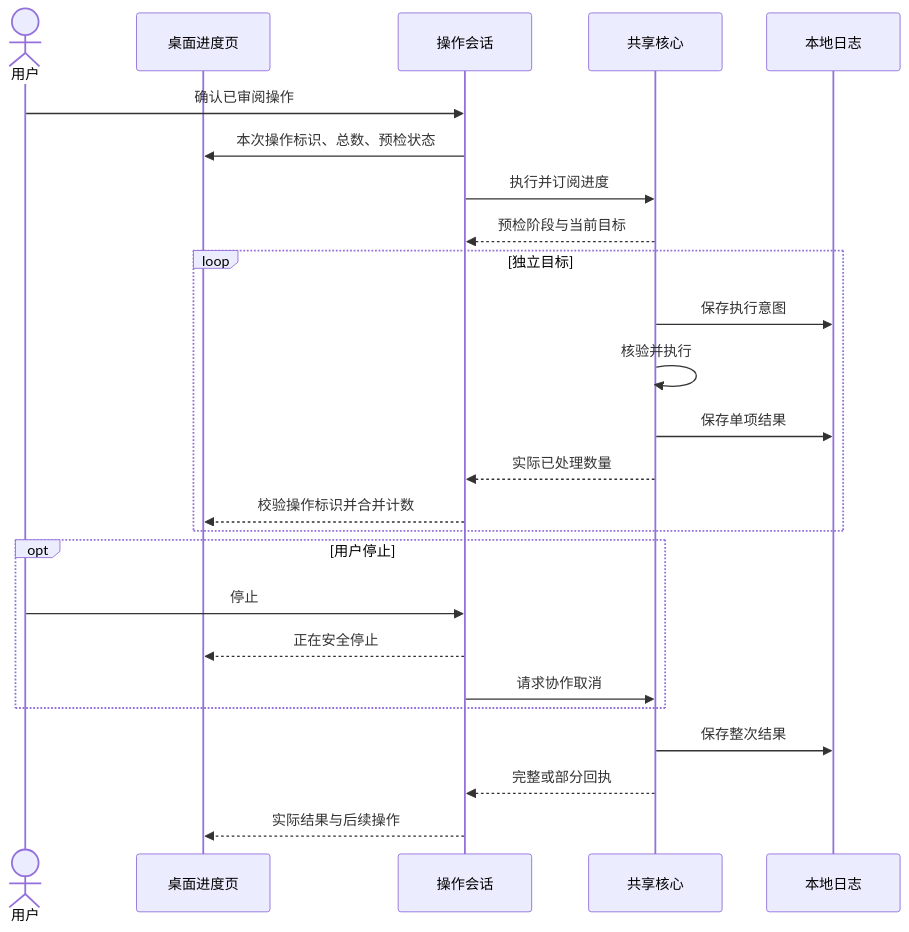
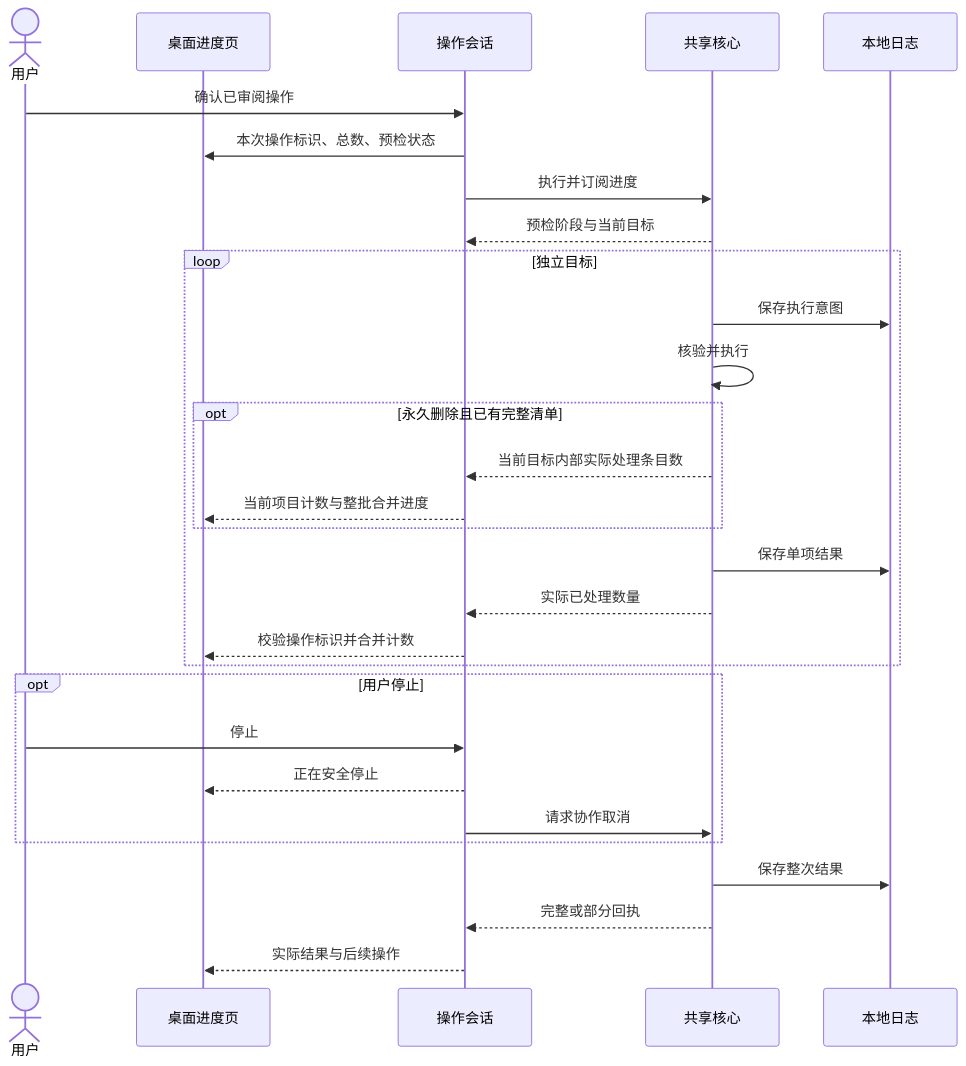
The third of 3 diagrams in docs/zh-CN/product/operation-progress.md (limecloud/shou), drawn with Mermaid before and after one commit. The commit also changed other lines of this file and 86 other files, not shown here.

````diff
--- a/docs/zh-CN/product/operation-progress.md
+++ b/docs/zh-CN/product/operation-progress.md
@@ -63,27 +68,31 @@
 ```mermaid
 sequenceDiagram
   actor User as 用户
   participant UI as 桌面进度页
   participant Session as 操作会话
   participant Core as 共享核心
   participant Store as 本地日志
   User->>Session: 确认已审阅操作
   Session->>UI: 本次操作标识、总数、预检状态
   Session->>Core: 执行并订阅进度
   Core-->>Session: 预检阶段与当前目标
   loop 独立目标
     Core->>Store: 保存执行意图
     Core->>Core: 核验并执行
+    opt 永久删除且已有完整清单
+      Core-->>Session: 当前目标内部实际处理条目数
+      Session-->>UI: 当前项目计数与整批合并进度
+    end
     Core->>Store: 保存单项结果
     Core-->>Session: 实际已处理数量
     Session-->>UI: 校验操作标识并合并计数
   end
   opt 用户停止
     User->>Session: 停止
     Session-->>UI: 正在安全停止
     Session->>Core: 请求协作取消
   end
   Core->>Store: 保存整次结果
   Core-->>Session: 完整或部分回执
   Session-->>UI: 实际结果与后续操作
 ```
````
